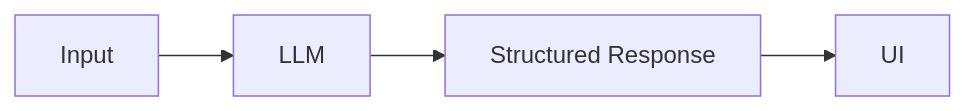
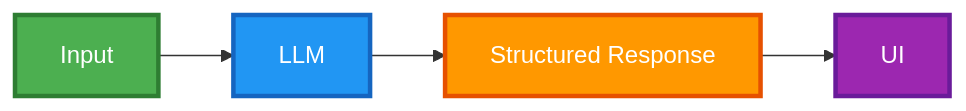
Before and after one commit to btwld/superdeck: the diagram in demo/slides.md, drawn with Mermaid. The commit also changed 13 other files, not shown here.

First line of the commit message:
Refactor and remove Mermaid theme tests and generation tools

````diff
--- a/demo/slides.md
+++ b/demo/slides.md
@@ -114,6 +114,16 @@
 ```mermaid
 flowchart LR
     A[Input] --> B[LLM]
     B --> C[Structured Response]
     C --> D[UI]
+
+    classDef inputStyle fill:#4CAF50,stroke:#2E7D32,stroke-width:3px,color:#fff
+    classDef llmStyle fill:#2196F3,stroke:#1565C0,stroke-width:3px,color:#fff
+    classDef outputStyle fill:#FF9800,stroke:#E65100,stroke-width:3px,color:#fff
+    classDef uiStyle fill:#9C27B0,stroke:#6A1B9A,stroke-width:3px,color:#fff
+
+    class A inputStyle
+    class B llmStyle
+    class C outputStyle
+    class D uiStyle
 ```
````
